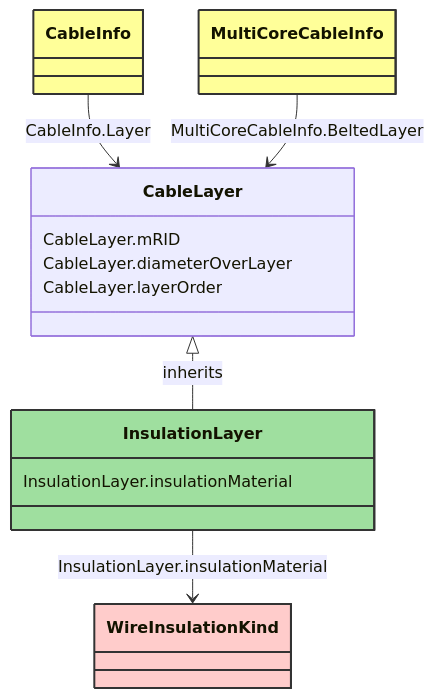
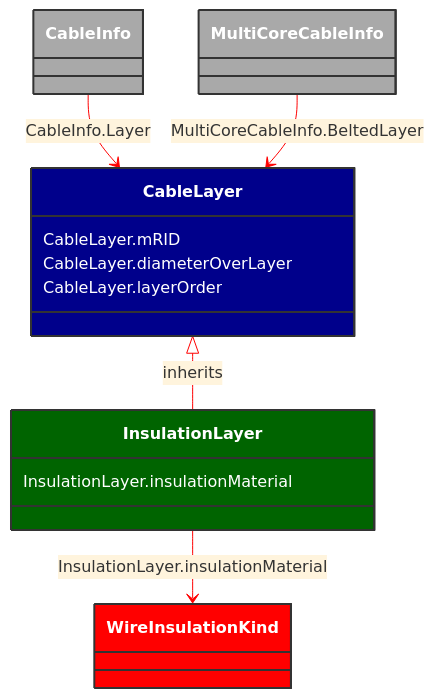
The diagram in docs/Models/Profiles/SubseaCableInfo/ConcreteClasses/InsulationLayer.md (3lbits/NoCIMExtensions), drawn with Mermaid before and after one commit. The commit also changed 58 other files, not shown here.

````diff
--- a/docs/Models/Profiles/SubseaCableInfo/ConcreteClasses/InsulationLayer.md
+++ b/docs/Models/Profiles/SubseaCableInfo/ConcreteClasses/InsulationLayer.md
@@ -8,38 +8,39 @@
 ```mermaid
+%%{init: {'theme':'base','themeVariables': {'lineColor': '#FF0000'}}}%%
 classDiagram
     class InsulationLayer
     click InsulationLayer href "/Models/Profiles/SubseaCableInfo/ConcreteClasses/InsulationLayer/"
-    style InsulationLayer fill:#9fdf9f,stroke:#333,stroke-width:2px,rx:10,ry:10
+    style InsulationLayer fill:#006400,stroke:#333,stroke-width:2px,rx:10,ry:10,color:white
 
         CableLayer <|-- InsulationLayer : inherits
             click CableLayer href "/Models/Profiles/SubseaCableInfo/AbstractClasses/CableLayer/"
-            style CableLayer rx:10,ry:10
+            style CableLayer fill:#00008B,stroke:#333,stroke-width:2px,rx:10,ry:10,color:white
 
         InsulationLayer
             click InsulationLayer href "/Models/Profiles/SubseaCableInfo/ConcreteClasses/InsulationLayer/"
-            style InsulationLayer rx:10,ry:10
+            style CableLayer fill:#00008B,stroke:#333,stroke-width:2px,rx:10,ry:10,color:white
 
 
         CableInfo --> CableLayer : CableInfo.Layer
 
         CableInfo
             click CableInfo href "/Models/Profiles/SubseaCableInfo/ConcreteClasses/CableInfo/"
-            style CableInfo fill:#ffff99,stroke:#333,stroke-width:2px,rx:10,ry:10
+            style CableInfo fill:#A9A9A9,stroke:#333,stroke-width:2px,rx:10,ry:10,color:white
 
         MultiCoreCableInfo --> CableLayer : MultiCoreCableInfo.BeltedLayer
 
         MultiCoreCableInfo
             click MultiCoreCableInfo href "/Models/Profiles/SubseaCableInfo/ConcreteClasses/MultiCoreCableInfo/"
-            style MultiCoreCableInfo fill:#ffff99,stroke:#333,stroke-width:2px,rx:10,ry:10
+            style MultiCoreCableInfo fill:#A9A9A9,stroke:#333,stroke-width:2px,rx:10,ry:10,color:white
 
         InsulationLayer --> WireInsulationKind : InsulationLayer.insulationMaterial
 
         WireInsulationKind
             click WireInsulationKind href "/Models/Profiles/SubseaCableInfo/Enumerations/WireInsulationKind/"
-            style WireInsulationKind fill:#FFCCCB,stroke:#333,stroke-width:2px,rx:10,ry:10
+            style WireInsulationKind fill:#FF0000,stroke:#333,stroke-width:2px,rx:10,ry:10,color:white
 
         InsulationLayer : InsulationLayer.insulationMaterial
         CableLayer : CableLayer.mRID
         CableLayer : CableLayer.diameterOverLayer
         CableLayer : CableLayer.layerOrder
 ```
````
